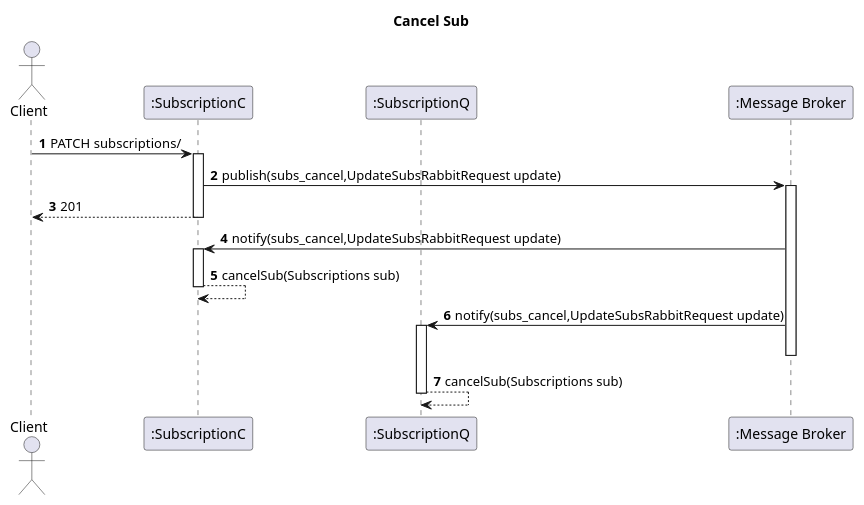
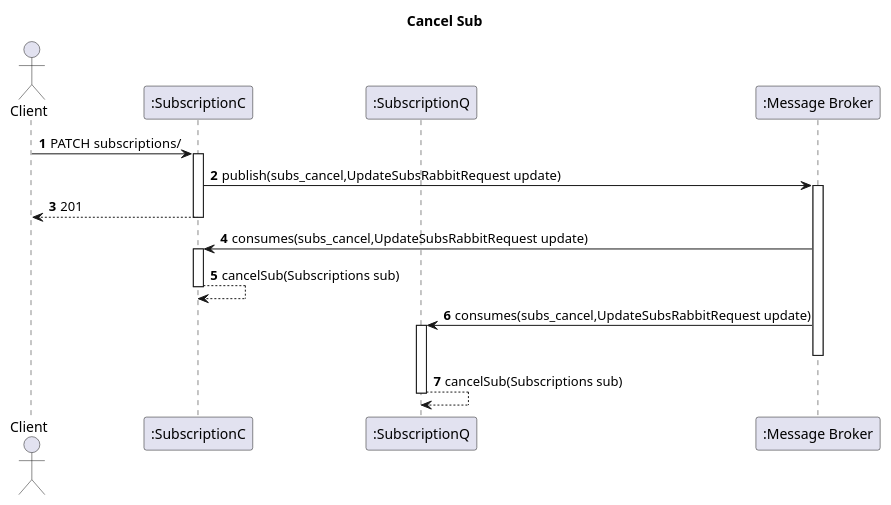
The diagram in docs_sidis/Segunda_Avalição/Subs/Vista Logica/N2/CancelSub.puml (IsepMartimOliveira/SIDIS), drawn with PlantUML before and after one commit. The commit also changed 23 other files, not shown here.

```diff
--- a/docs_sidis/Segunda_Avalição/Subs/Vista Logica/N2/CancelSub.puml
+++ b/docs_sidis/Segunda_Avalição/Subs/Vista Logica/N2/CancelSub.puml
@@ -1,27 +1,27 @@
 @startuml
 'https://plantuml.com/sequence-diagram
 autoactivate on
 autonumber
 title  Cancel Sub
 
 autonumber
 
 actor "Client" as Ac
 
 participant ":SubscriptionC" as SubC
 participant ":SubscriptionQ" as SubQ
 participant ":Message Broker" as Broker
 
 Ac->SubC:PATCH subscriptions/
 
 SubC->Broker: publish(subs_cancel,UpdateSubsRabbitRequest update)
 SubC-->Ac:201
 
-Broker->SubC:notify(subs_cancel,UpdateSubsRabbitRequest update)
+Broker->SubC:consumes(subs_cancel,UpdateSubsRabbitRequest update)
 SubC-->SubC:cancelSub(Subscriptions sub)
-Broker->SubQ:notify(subs_cancel,UpdateSubsRabbitRequest update)
+Broker->SubQ:consumes(subs_cancel,UpdateSubsRabbitRequest update)
 deactivate Broker
 
 SubQ-->SubQ:cancelSub(Subscriptions sub)
 
 @enduml
```
